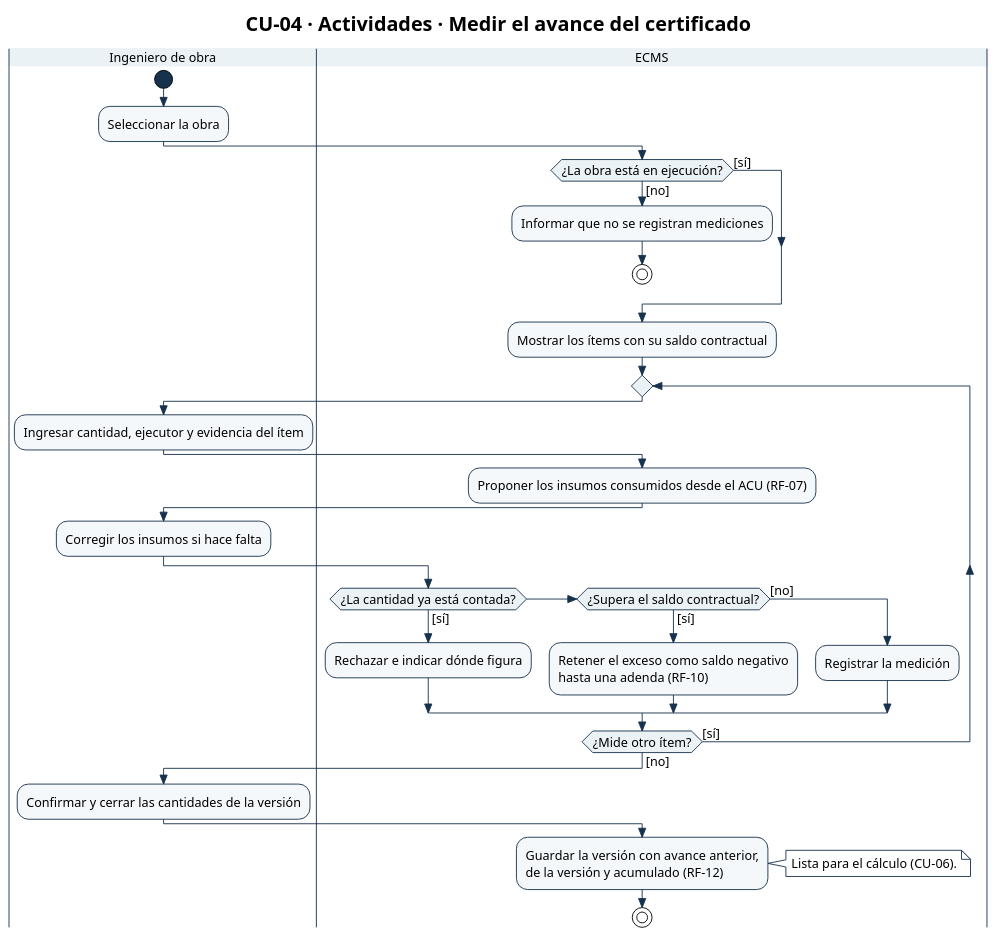
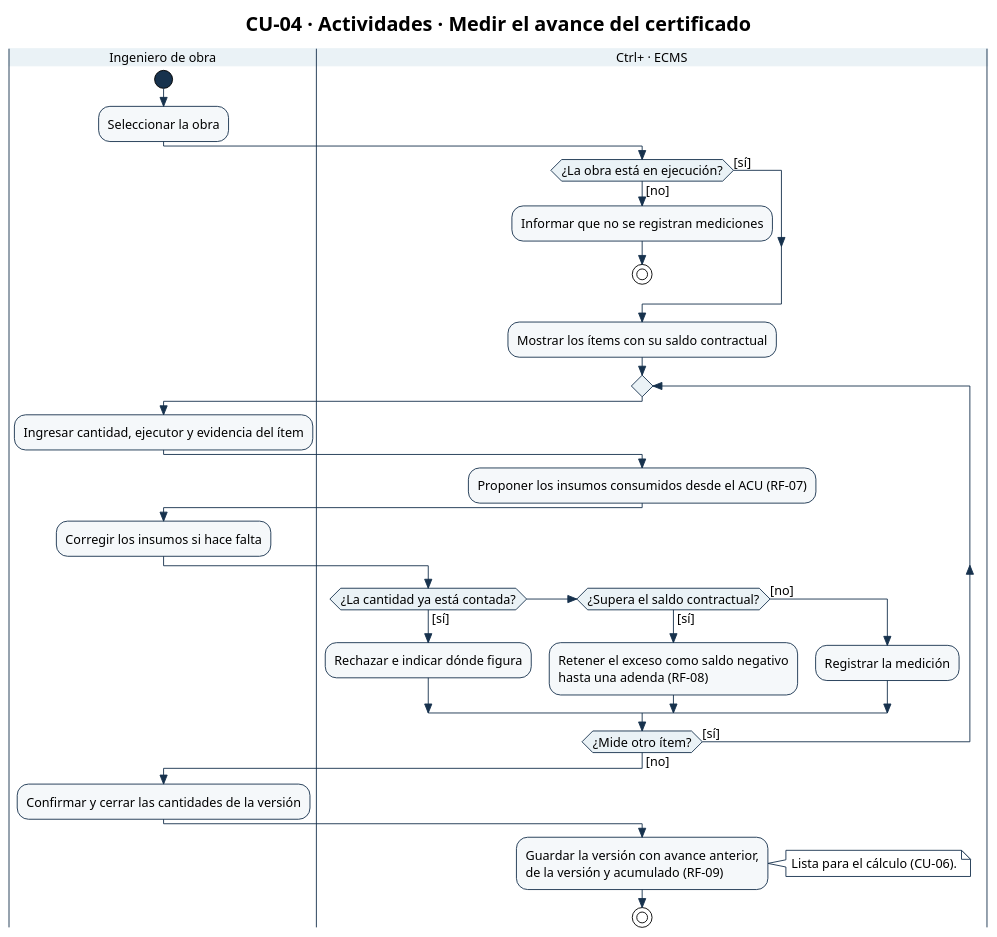
The diagram in diagramas/CU-04-actividades.puml (Ssrrb/tpf-uca), drawn with PlantUML before and after one commit. The commit also changed 43 other files, not shown here.

```diff
--- a/diagramas/CU-04-actividades.puml
+++ b/diagramas/CU-04-actividades.puml
@@ -1,72 +1,72 @@
 @startuml
 !theme plain
 skinparam style strictuml
 skinparam shadowing false
 skinparam defaultFontName Arial
 skinparam defaultFontSize 14
 skinparam ArrowColor #17324D
 skinparam activity {
   StartColor #17324D
   EndColor #17324D
   BarColor #17324D
   BackgroundColor #F5F8FA
   BorderColor #17324D
   DiamondBackgroundColor #EAF2F6
   DiamondBorderColor #17324D
 }
 skinparam swimlane {
   BorderColor #17324D
   TitleBackgroundColor #EAF2F6
 }
 skinparam state {
   StartColor #17324D
   EndColor #17324D
   BackgroundColor #F5F8FA
   BorderColor #17324D
 }
 skinparam package {
   BackgroundColor #EAF2F6
   BorderColor #17324D
 }
 skinparam note {
   BackgroundColor #FFFFFF
   BorderColor #17324D
 }
 title CU-04 · Actividades · Medir el avance del certificado
 |Ingeniero de obra|
 start
 :Seleccionar la obra;
-|ECMS|
+|Ctrl+ · ECMS|
 if (¿La obra está en ejecución?) then ([no])
   :Informar que no se registran mediciones;
   stop
 else ([sí])
 endif
 :Mostrar los ítems con su saldo contractual;
 repeat
   |Ingeniero de obra|
   :Ingresar cantidad, ejecutor y evidencia del ítem;
-  |ECMS|
+  |Ctrl+ · ECMS|
   :Proponer los insumos consumidos desde el ACU (RF-07);
   |Ingeniero de obra|
   :Corregir los insumos si hace falta;
-  |ECMS|
+  |Ctrl+ · ECMS|
   if (¿La cantidad ya está contada?) then ([sí])
     :Rechazar e indicar dónde figura;
   elseif (¿Supera el saldo contractual?) then ([sí])
     :Retener el exceso como saldo negativo
-    hasta una adenda (RF-10);
+    hasta una adenda (RF-08);
   else ([no])
     :Registrar la medición;
   endif
 repeat while (¿Mide otro ítem?) is ([sí]) not ([no])
 |Ingeniero de obra|
 :Confirmar y cerrar las cantidades de la versión;
-|ECMS|
+|Ctrl+ · ECMS|
 :Guardar la versión con avance anterior,
-de la versión y acumulado (RF-12);
+de la versión y acumulado (RF-09);
 note right
   Lista para el cálculo (CU-06).
 end note
 stop
 @enduml
```
